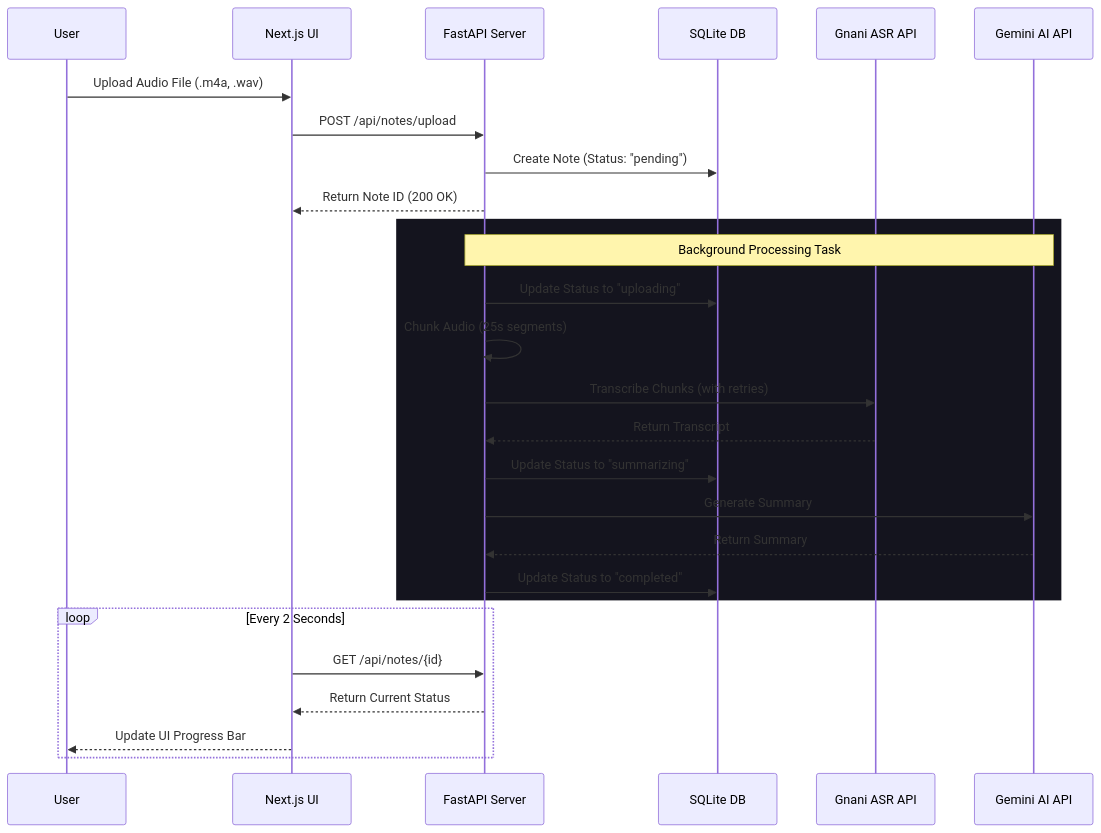
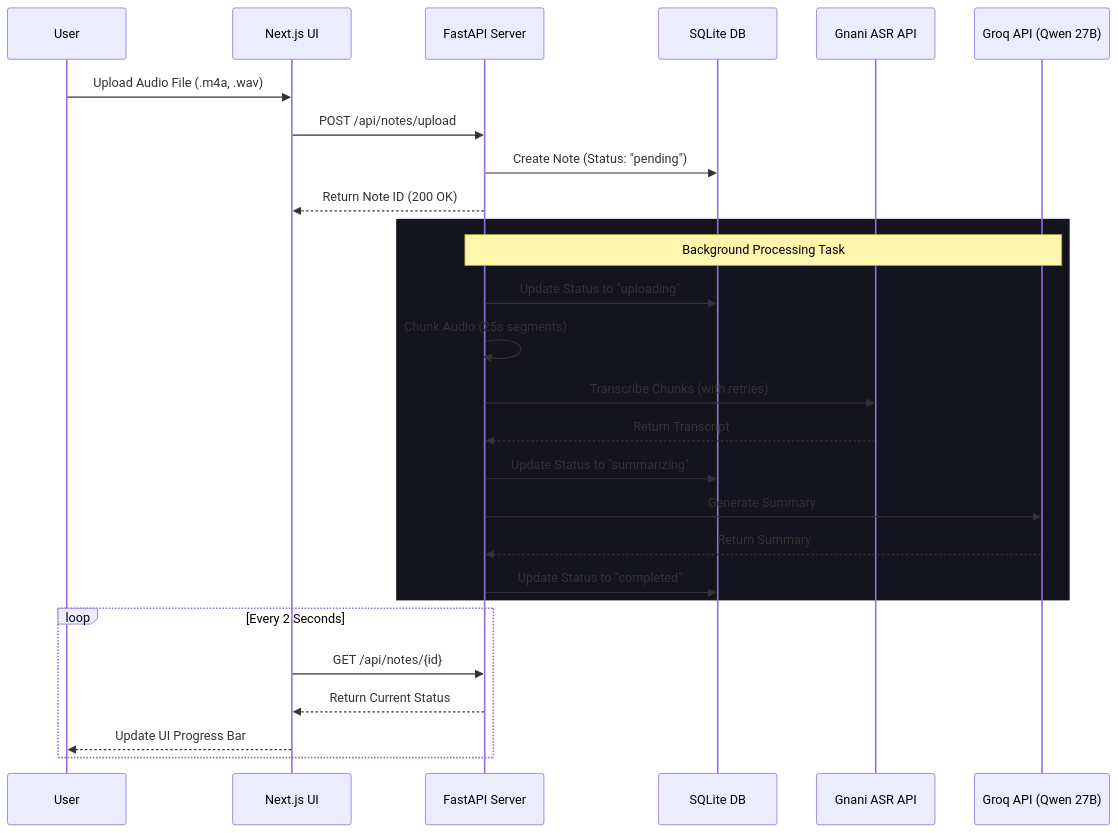
The diagram in README.md (prateek31-ops/Gnani_ai_project), drawn with Mermaid before and after one commit. The commit also changed other lines of this file and 1 other file, not shown here.

Commit message:
Update architecture documentation to reflect Groq AI instead of Gemini

````diff
--- a/README.md
+++ b/README.md
@@ -13,32 +13,32 @@
 ```mermaid
 sequenceDiagram
     participant User
     participant Frontend as Next.js UI
     participant Backend as FastAPI Server
     participant DB as SQLite DB
     participant Gnani as Gnani ASR API
-    participant Gemini as Gemini AI API
+    participant Groq as Groq API (Qwen 27B)
 
     User->>Frontend: Upload Audio File (.m4a, .wav)
     Frontend->>Backend: POST /api/notes/upload
     Backend->>DB: Create Note (Status: "pending")
     Backend-->>Frontend: Return Note ID (200 OK)
     
     rect rgb(20, 20, 30)
-    Note over Backend,Gemini: Background Processing Task
+    Note over Backend,Groq: Background Processing Task
     Backend->>DB: Update Status to "uploading"
     Backend->>Backend: Chunk Audio (25s segments)
     Backend->>Gnani: Transcribe Chunks (with retries)
     Gnani-->>Backend: Return Transcript
     Backend->>DB: Update Status to "summarizing"
-    Backend->>Gemini: Generate Summary
-    Gemini-->>Backend: Return Summary
+    Backend->>Groq: Generate Summary
+    Groq-->>Backend: Return Summary
     Backend->>DB: Update Status to "completed"
     end
     
     loop Every 2 Seconds
         Frontend->>Backend: GET /api/notes/{id}
         Backend-->>Frontend: Return Current Status
         Frontend-->>User: Update UI Progress Bar
     end
 ```
````
